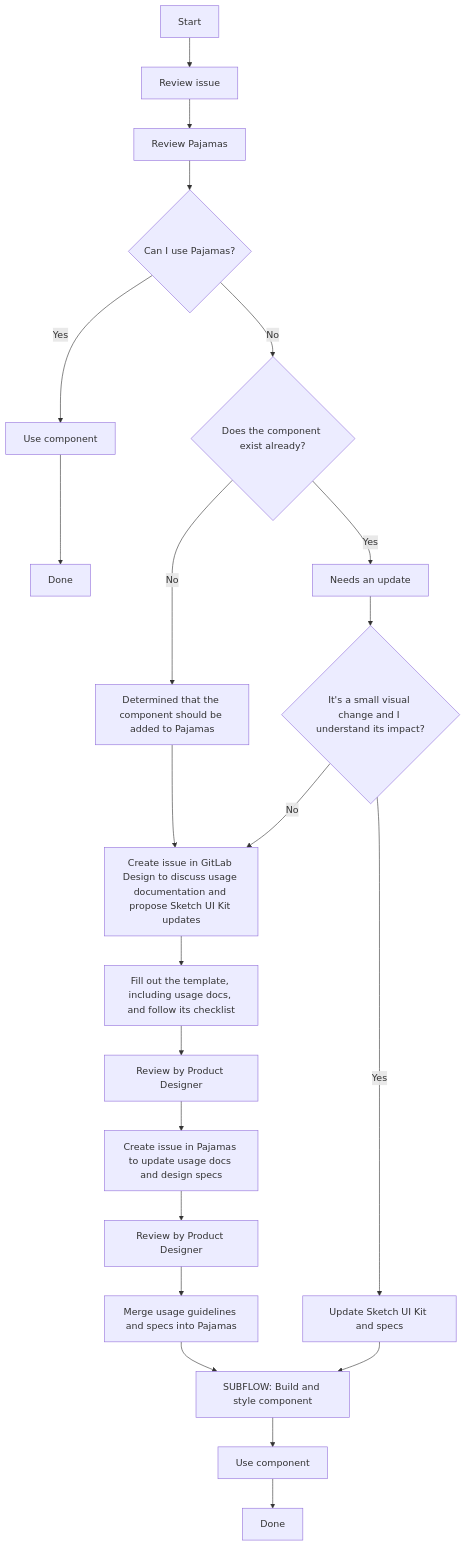
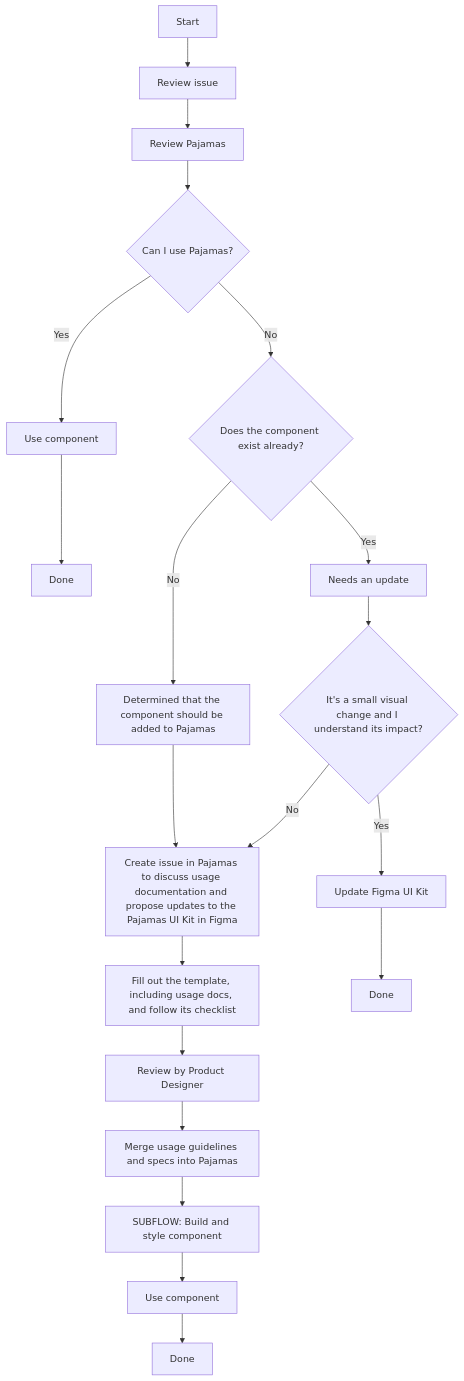
One commit to khulnasoft-lab/design.khulnasoft.com changed the diagram in doc/component-lifecycle.md. Above: the diagram before and after it, drawn with Mermaid. The commit also changed other lines of this file, not shown here.

Commit message:
Resolve "Figma > Update Pajamas component docs"

````diff
--- a/doc/component-lifecycle.md
+++ b/doc/component-lifecycle.md
@@ -64,28 +64,25 @@
 ```mermaid
 graph TD;
 A[Start] -->B[Review issue]
 B--> C[Review Pajamas]
 click C "https://design.gitlab.com"
 C-->D{Can I use Pajamas?}
-D -->|Yes| E[Use component]
-E --> F[Done]
-D -->|No| G{Does the component exist already?}
+D-->|Yes| E[Use component]
+E-->F[Done]
+D-->|No| G{Does the component exist already?}
 G-->|No| H[Determined that the component should be added to Pajamas]
-H-->I[Create issue in GitLab Design to discuss usage documentation and propose Sketch UI Kit updates]
-click I "https://gitlab.com/gitlab-org/gitlab-design/issues/new?issuable_template=UX%20Pattern"
+H-->I[Create issue in Pajamas to discuss usage documentation and propose updates to the Pajamas UI Kit in Figma]
+click I "https://gitlab.com/gitlab-org/gitlab-services/design.gitlab.com/-/issues/new?issuable_template=New%20component"
 I-->J[Fill out the template, including usage docs, and follow its checklist]
 J-->K[Review by Product Designer]
-K-->L[Create issue in Pajamas to update usage docs and design specs]
-click L "https://gitlab.com/gitlab-org/gitlab-services/design.gitlab.com/issues/new"
-L-->M[Review by Product Designer]
-M-->N[Merge usage guidelines and specs into Pajamas]
-N-->O[SUBFLOW: Build and style component]
-click O "https://gitlab.com/gitlab-org/gitlab-ui/blob/master/doc/component-lifecycle.md"
-O-->P[Use component]
-P-->Q[Done]
-G-->|Yes| R[Needs an update]
-R-->S{It's a small visual change and I understand its impact?}
-S-->|Yes| T[Update Sketch UI Kit and specs]
-T-->O
-S-->|No| I
+K-->L[Merge usage guidelines and specs into Pajamas]
+L-->M[SUBFLOW: Build and style component]
+click M "https://gitlab.com/gitlab-org/gitlab-ui/blob/master/doc/component-lifecycle.md"
+M-->N[Use component]
+N-->O[Done]
+G-->|Yes| P[Needs an update]
+P-->Q{It's a small visual change and I understand its impact?}
+Q-->|Yes| R[Update Figma UI Kit]
+Q-->|No| I
+R-->S[Done]
 ```
````
